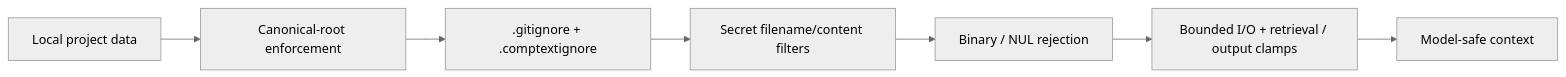
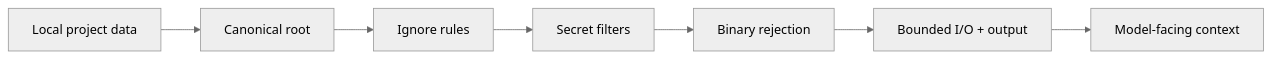
One commit to ProfRandom92/comptext-conductor-max changed the third of 3 diagrams in README.md. Above: the diagram before and after it, drawn with Mermaid (neutral theme). The commit also changed other lines of this file, not shown here.

````diff
--- a/README.md
+++ b/README.md
@@ -320,9 +194,9 @@
 ```mermaid
 flowchart LR
-    INPUT["Local project data"] --> ROOT["Canonical-root enforcement"]
-    ROOT --> IGN[".gitignore + .comptextignore"]
-    IGN --> SECRET["Secret filename/content filters"]
-    SECRET --> BIN["Binary / NUL rejection"]
-    BIN --> BOUND["Bounded I/O + retrieval / output clamps"]
-    BOUND --> MODEL["Model-safe context"]
+    INPUT["Local project data"] --> ROOT["Canonical root"]
+    ROOT --> IGN["Ignore rules"]
+    IGN --> SECRET["Secret filters"]
+    SECRET --> BIN["Binary rejection"]
+    BIN --> BOUND["Bounded I/O + output"]
+    BOUND --> MODEL["Model-facing context"]
 ```
````
